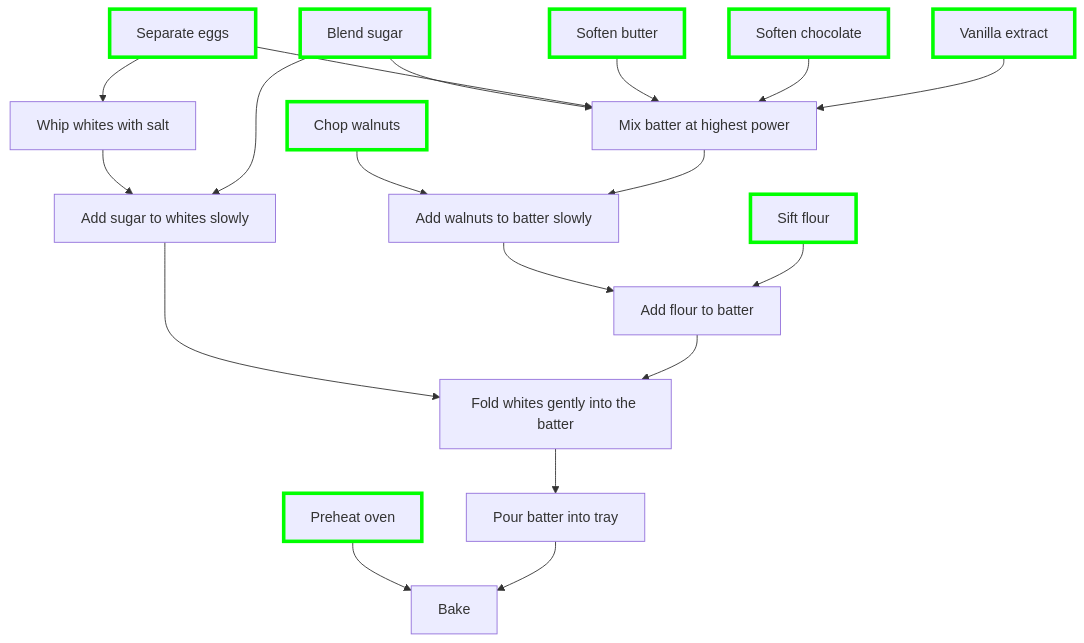
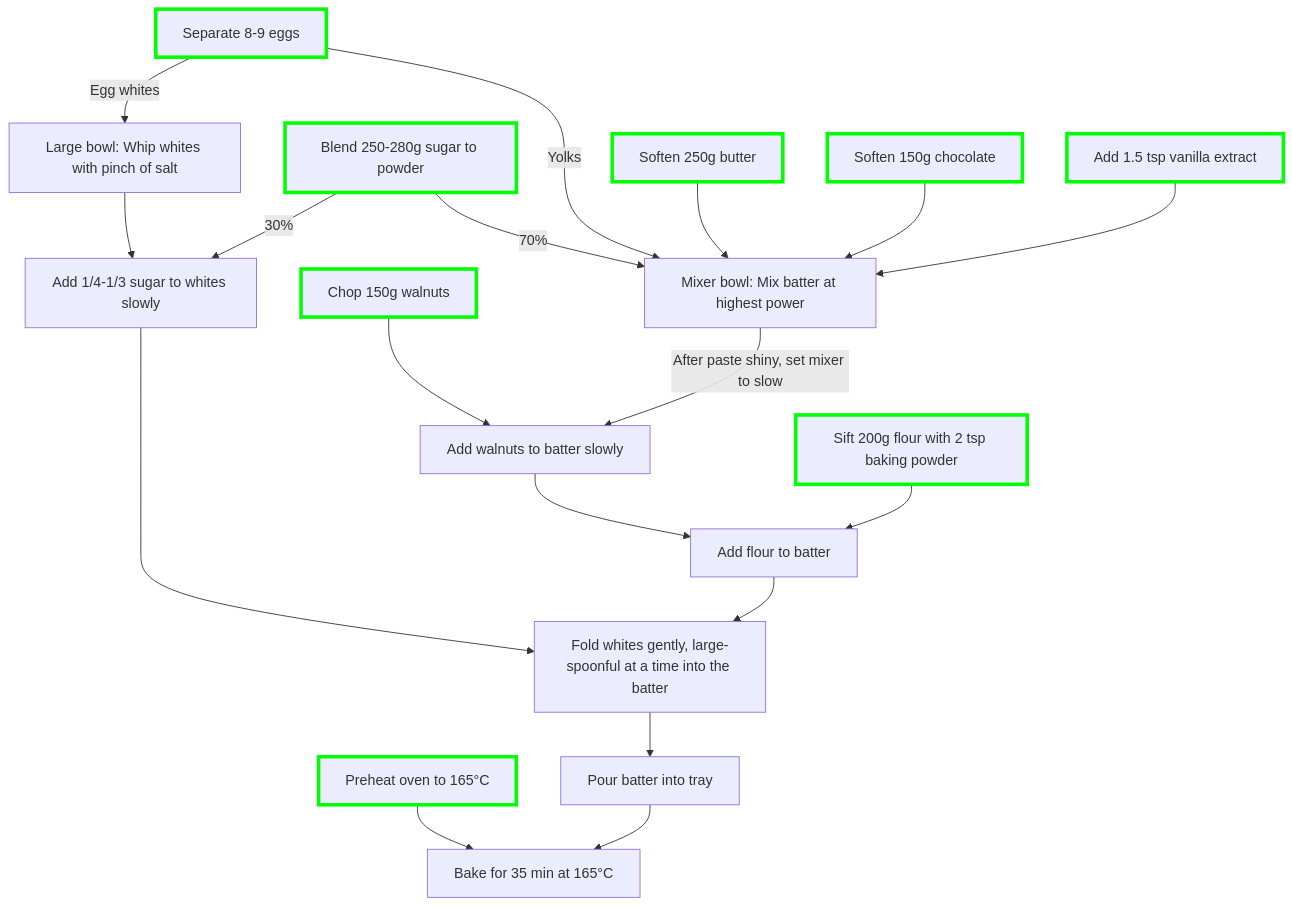
The diagram in recipes/zamorcek/index.md (urbas/recipes), drawn with Mermaid before and after one commit.

Commit message:
flowchart improvements

````diff
--- a/recipes/zamorcek/index.md
+++ b/recipes/zamorcek/index.md
@@ -62,22 +62,22 @@
 ```mermaid
-graph TD
-    Preheat[Preheat oven] --> Bake[Bake]
-    Chop[Chop walnuts] --> AddWalnuts[Add walnuts to batter slowly]
-    MixBatter[Mix batter at highest power] --> AddWalnuts
+flowchart TD
+    Preheat[Preheat oven to 165°C] --> Bake[Bake for 35 min at 165°C]
+    Chop[Chop 150g walnuts] --> AddWalnuts[Add walnuts to batter slowly]
+    MixBatter[Mixer bowl: Mix batter at highest power] -->|After paste shiny, set mixer to slow| AddWalnuts
     AddWalnuts --> AddFlour[Add flour to batter]
-    Sift[Sift flour] --> AddFlour
-    Separate --> Whip[Whip whites with salt]
-    Blend[Blend sugar] --> MixBatter
-    Separate[Separate eggs] --> MixBatter
-    SoftenButter[Soften butter] --> MixBatter
-    SoftenChoc[Soften chocolate] --> MixBatter
-    Vanilla[Vanilla extract] --> MixBatter
-    Whip --> AddSugar[Add sugar to whites slowly]
-    Blend --> AddSugar
-    AddSugar --> Fold[Fold whites gently into the batter]
+    Sift[Sift 200g flour with 2 tsp baking powder] --> AddFlour
+    Separate[Separate 8-9 eggs] -- Egg whites --> Whip[Large bowl: Whip whites with pinch of salt]
+    Blend[Blend 250-280g sugar to powder] -->|70%| MixBatter
+    Separate --->|Yolks| MixBatter
+    SoftenButter[Soften 250g butter] --> MixBatter
+    SoftenChoc[Soften 150g chocolate] --> MixBatter
+    Vanilla[Add 1.5 tsp vanilla extract] --> MixBatter
+    Whip --> AddSugar[Add 1/4-1/3 sugar to whites slowly]
+    Blend -->|30%| AddSugar
+    AddSugar --> Fold[Fold whites gently, large-spoonful at a time into the batter]
     AddFlour --> Fold
     Fold --> PourBatter[Pour batter into tray]
     PourBatter --> Bake
     classDef inputClass stroke:#00ff00,stroke-width:4px;
     class Preheat,Chop,Blend,SoftenButter,SoftenChoc,Separate,Sift,Vanilla inputClass;
 ```
````
